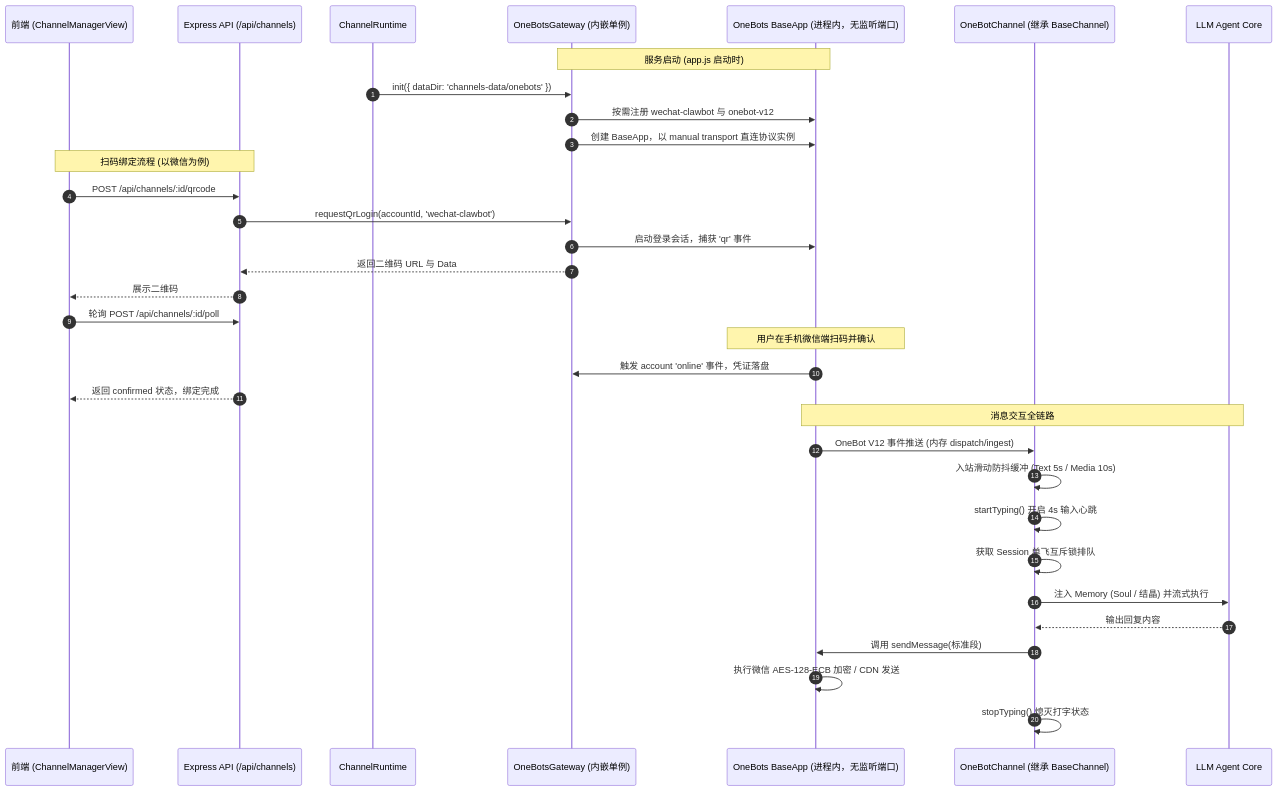
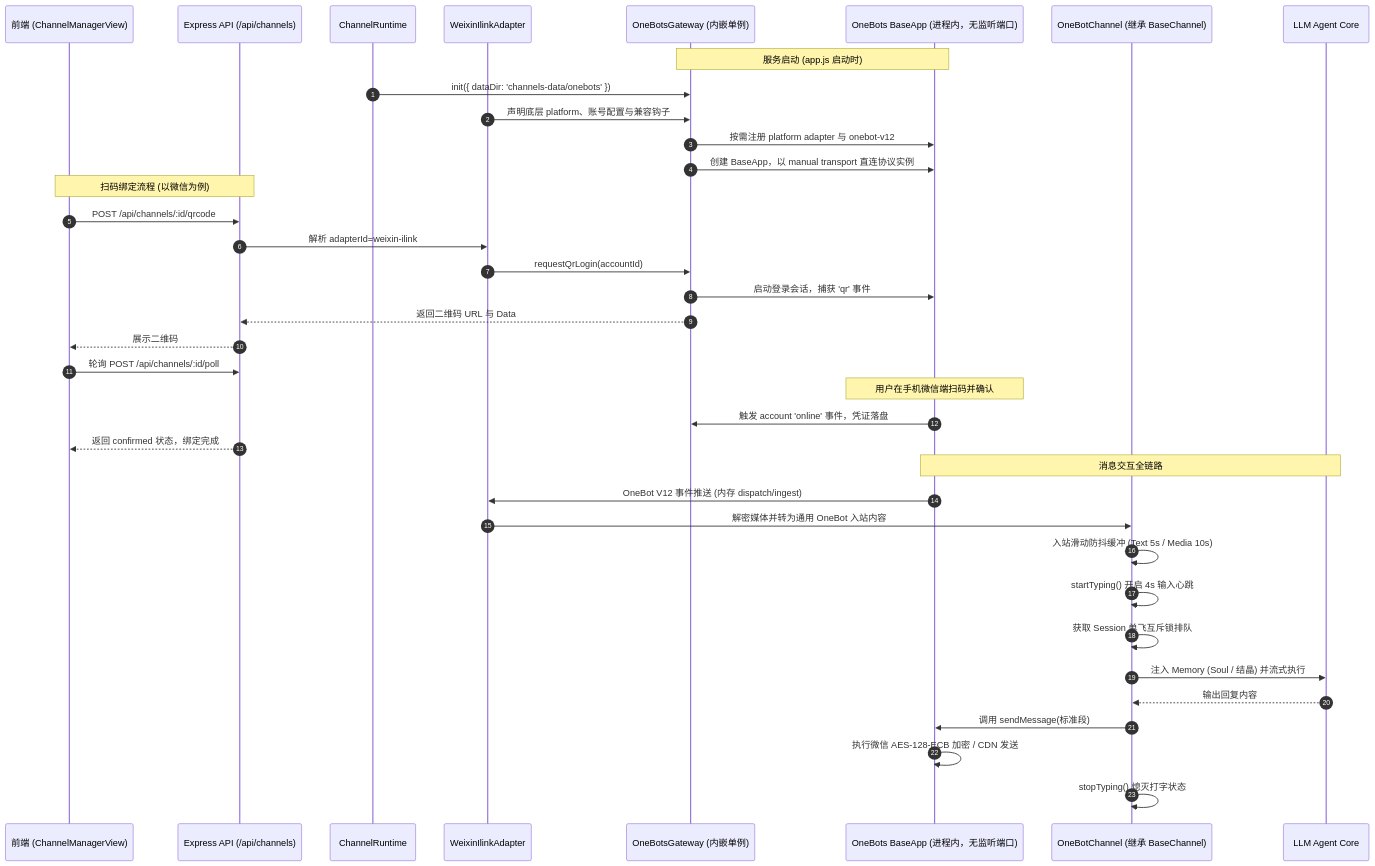
The diagram in docs/architecture/onebots-embedded-channel-dev-guide.md (Pretend-to/mio-chat-backend-zuzongyui-selfowned), drawn with Mermaid before and after one commit. The commit also changed other lines of this file and 20 other files, not shown here.

````diff
--- a/docs/architecture/onebots-embedded-channel-dev-guide.md
+++ b/docs/architecture/onebots-embedded-channel-dev-guide.md
@@ -14,38 +14,42 @@
 ```mermaid
 sequenceDiagram
     autonumber
     participant UI as 前端 (ChannelManagerView)
     participant API as Express API (/api/channels)
     participant RT as ChannelRuntime
+    participant WX as WeixinIlinkAdapter
     participant GW as OneBotsGateway (内嵌单例)
     participant OB as OneBots BaseApp (进程内，无监听端口)
     participant CH as OneBotChannel (继承 BaseChannel)
     participant LLM as LLM Agent Core
 
     Note over GW,OB: 服务启动 (app.js 启动时)
     RT->>GW: init({ dataDir: 'channels-data/onebots' })
-    GW->>OB: 按需注册 wechat-clawbot 与 onebot-v12
+    WX->>GW: 声明底层 platform、账号配置与兼容钩子
+    GW->>OB: 按需注册 platform adapter 与 onebot-v12
     GW->>OB: 创建 BaseApp，以 manual transport 直连协议实例
 
     Note over UI,API: 扫码绑定流程 (以微信为例)
     UI->>API: POST /api/channels/:id/qrcode
-    API->>GW: requestQrLogin(accountId, 'wechat-clawbot')
+    API->>WX: 解析 adapterId=weixin-ilink
+    WX->>GW: requestQrLogin(accountId)
     GW->>OB: 启动登录会话，捕获 'qr' 事件
     GW-->>API: 返回二维码 URL 与 Data
     API-->>UI: 展示二维码
     UI->>API: 轮询 POST /api/channels/:id/poll
     Note over OB: 用户在手机微信端扫码并确认
     OB->>GW: 触发 account 'online' 事件，凭证落盘
     API-->>UI: 返回 confirmed 状态，绑定完成
 
     Note over OB,LLM: 消息交互全链路
-    OB->>CH: OneBot V12 事件推送 (内存 dispatch/ingest)
+    OB->>WX: OneBot V12 事件推送 (内存 dispatch/ingest)
+    WX->>CH: 解密媒体并转为通用 OneBot 入站内容
     CH->>CH: 入站滑动防抖缓冲 (Text 5s / Media 10s)
     CH->>CH: startTyping() 开启 4s 输入心跳
     CH->>CH: 获取 Session 单飞互斥锁排队
     CH->>LLM: 注入 Memory (Soul / 结晶) 并流式执行
     LLM-->>CH: 输出回复内容
     CH->>OB: 调用 sendMessage(标准段)
     OB->>OB: 执行微信 AES-128-ECB 加密 / CDN 发送
     CH->>CH: stopTyping() 熄灭打字状态
 ```
````
